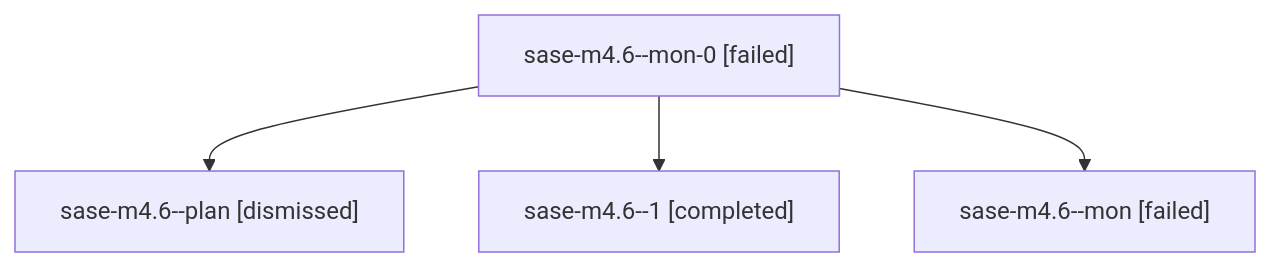
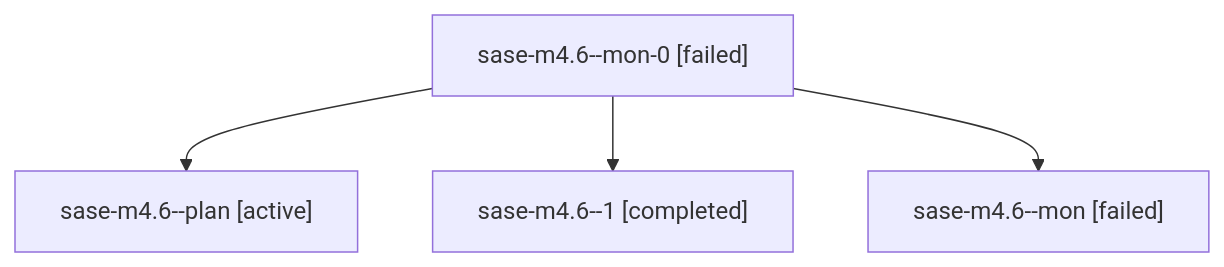
Before and after one commit to sase-org/sase--agents: the diagram in families/bbugyi200.athena.sase-m4.6.md, drawn with Mermaid. The commit also changed other lines of this file and 35830 other files, not shown here.

````diff
--- a/families/bbugyi200.athena.sase-m4.6.md
+++ b/families/bbugyi200.athena.sase-m4.6.md
@@ -9,10 +9,10 @@
 ```mermaid
 flowchart TD
   n0["sase-m4.6--mon-0 [failed]"]
-  n1["sase-m4.6--plan [dismissed]"]
+  n1["sase-m4.6--plan [active]"]
   n0 --> n1
   n2["sase-m4.6--1 [completed]"]
   n0 --> n2
   n3["sase-m4.6--mon [failed]"]
   n0 --> n3
 ```
````
